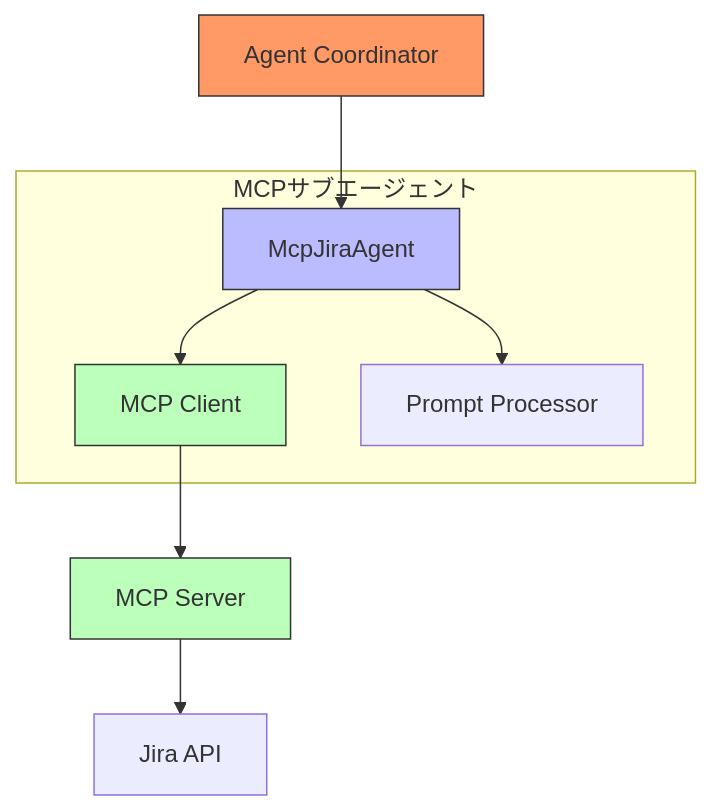
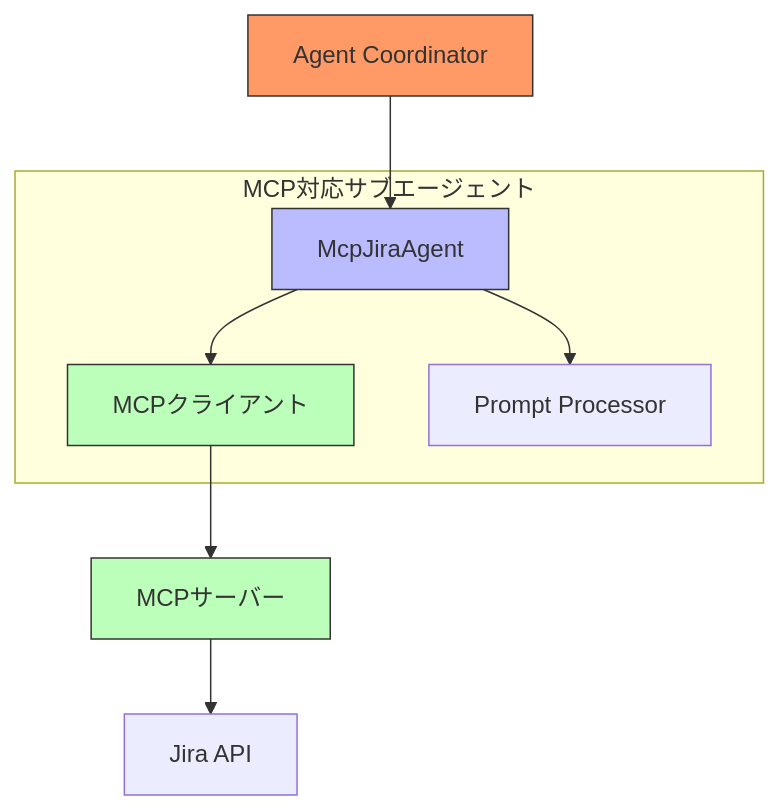
One commit to phuc-nt/auto-workflow-agent changed the third of 5 diagrams in docs/knowledge/ai_agent_development_guide_part3.ja.md. Above: the diagram before and after it, drawn with Mermaid. The commit also changed other lines of this file and 2 other files, not shown here.

First line of the commit message:
docs: refactor MCP Sub-agent implementation section

````diff
--- a/docs/knowledge/ai_agent_development_guide_part3.ja.md
+++ b/docs/knowledge/ai_agent_development_guide_part3.ja.md
@@ -158,15 +153,15 @@
 ```mermaid
 graph TD
     AgentCoord["Agent Coordinator"] --> SubAgent
-    subgraph "MCPサブエージェント"
+    subgraph "MCP対応サブエージェント"
         SubAgent["McpJiraAgent"] --> MCPClient
         SubAgent --> Processor["Prompt Processor"]
     end
-        MCPClient["MCP Client"] --> MCPServer["MCP Server"]
+        MCPClient["MCPクライアント"] --> MCPServer["MCPサーバー"]
         MCPServer --> API["Jira API"]
     
     style AgentCoord fill:#f96,stroke:#333
     style SubAgent fill:#bbf,stroke:#333
     style MCPClient fill:#bfb,stroke:#333
     style MCPServer fill:#bfb,stroke:#333
 ```
````
